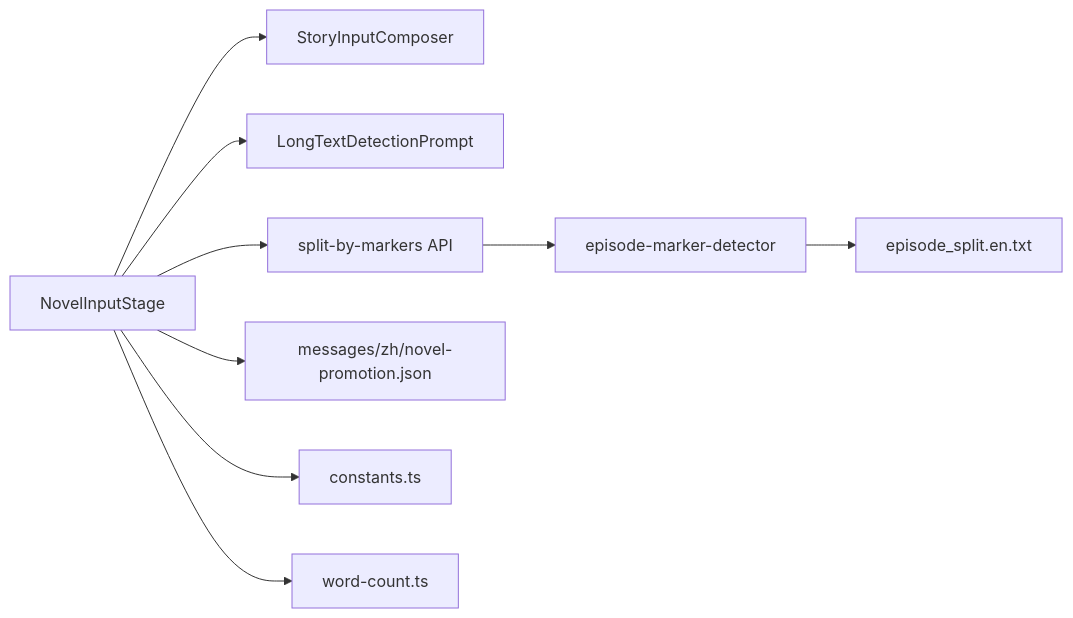
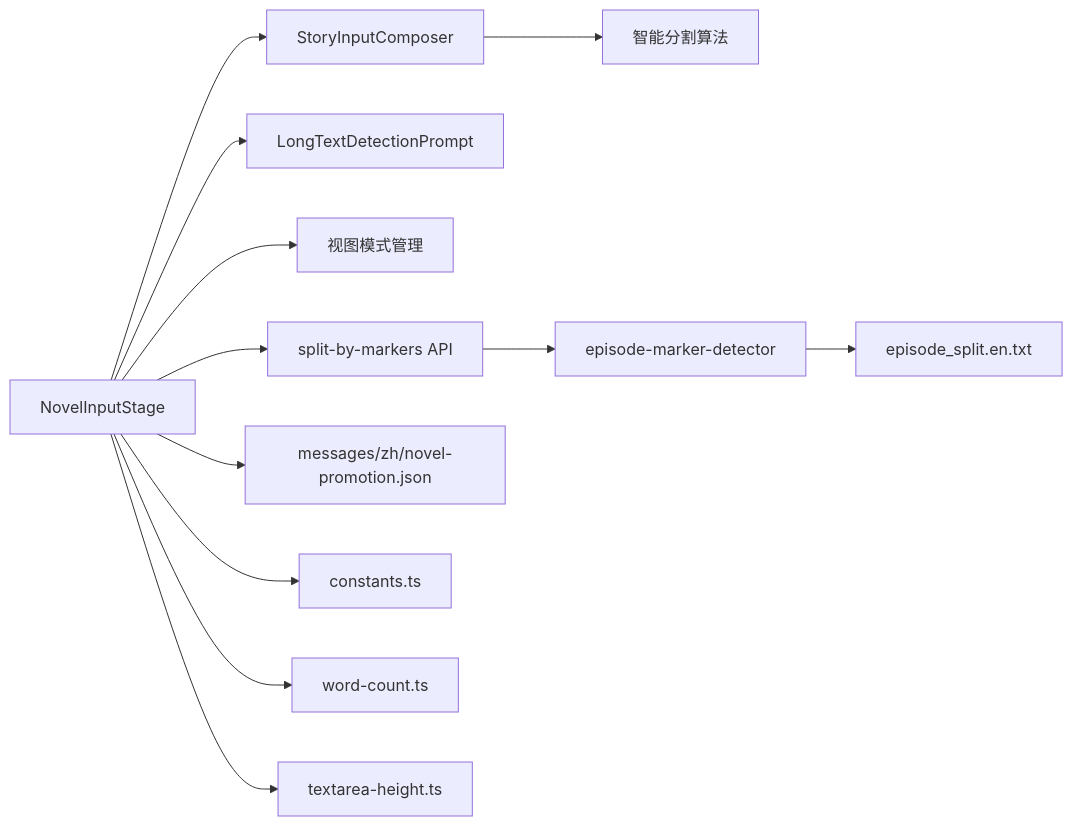
The sixth of 6 diagrams in .qoder/repowiki/zh/content/前端组件架构/工作区组件/故事输入组件.md (lyl2021/waoowaoo), drawn with Mermaid before and after one commit. The commit also changed other lines of this file and 15 other files, not shown here.

````diff
--- a/.qoder/repowiki/zh/content/前端组件架构/工作区组件/故事输入组件.md
+++ b/.qoder/repowiki/zh/content/前端组件架构/工作区组件/故事输入组件.md
@@ -279,11 +317,14 @@
 ```mermaid
 graph LR
 NIS["NovelInputStage"] --> SIC["StoryInputComposer"]
 NIS --> LTDP["LongTextDetectionPrompt"]
+NIS --> VIEWMODE["视图模式管理"]
+SIC --> SPLITALGO["智能分割算法"]
 NIS --> API["split-by-markers API"]
 API --> DET["episode-marker-detector"]
 DET --> PROMPT["episode_split.en.txt"]
 NIS --> I18N["messages/zh/novel-promotion.json"]
 NIS --> CONST["constants.ts"]
 NIS --> WC["word-count.ts"]
+NIS --> ENDHEIGHT["textarea-height.ts"]
 ```
````
